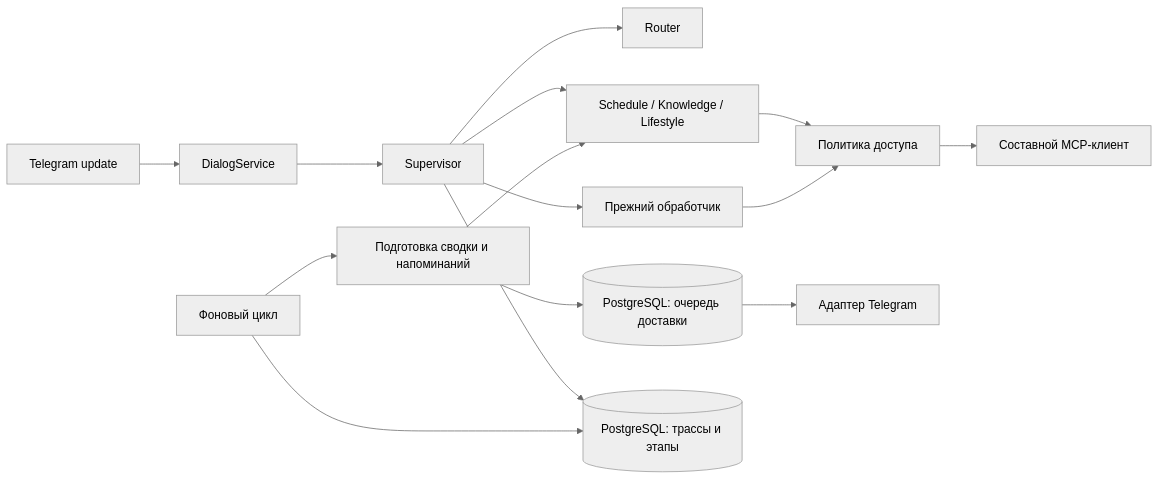
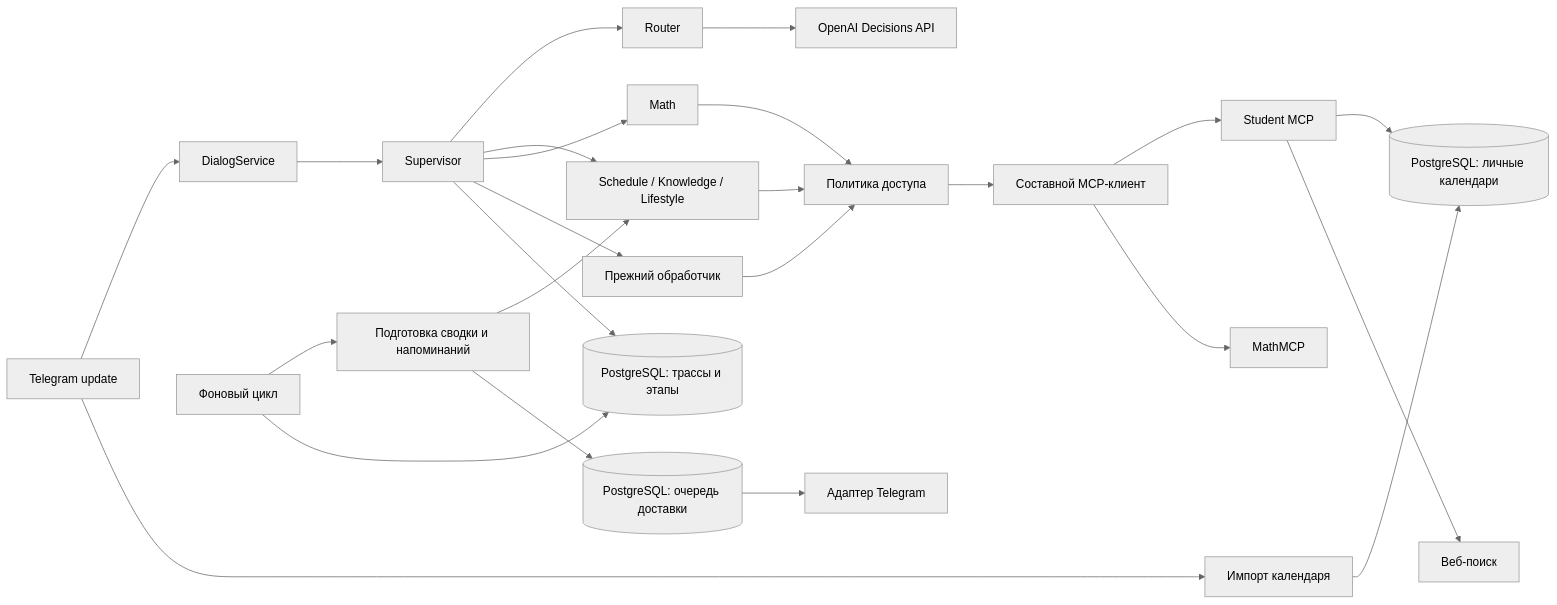
Before and after one commit to KryptonFox/ai-in-sd-bot: the diagram in docs/plans/lab3/11-specialists-and-notifications.md, drawn with Mermaid (neutral theme). The commit also changed other lines of this file and 103 other files, not shown here.

````diff
--- a/docs/plans/lab3/11-specialists-and-notifications.md
+++ b/docs/plans/lab3/11-specialists-and-notifications.md
@@ -15,17 +16,26 @@
 ```mermaid
 flowchart LR
     T[Telegram update] --> D[DialogService]
     D --> S[Supervisor]
     S --> R[Router]
+    R --> E[OpenAI Decisions API]
     S --> A[Schedule / Knowledge / Lifestyle]
+    S --> H[Math]
     S --> L[Прежний обработчик]
     A --> P[Политика доступа]
+    H --> P
     L --> P
     P --> M[Составной MCP-клиент]
+    T --> I[Импорт календаря]
+    I --> C[(PostgreSQL: личные календари)]
+    M --> Q[Student MCP]
+    M --> N[MathMCP]
+    Q --> C
+    Q --> V[Веб-поиск]
     W[Фоновый цикл] --> B[Подготовка сводки и напоминаний]
     B --> A
     B --> O[(PostgreSQL: очередь доставки)]
     O --> G[Адаптер Telegram]
     S --> X[(PostgreSQL: трассы и этапы)]
     W --> X
 ```
````
